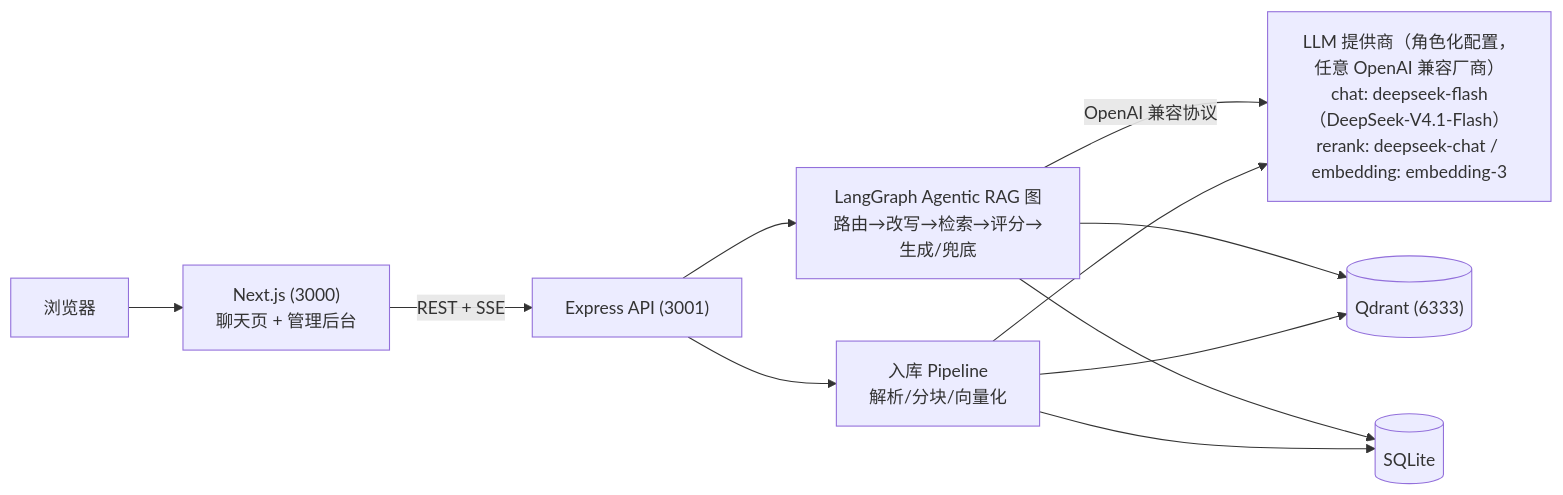
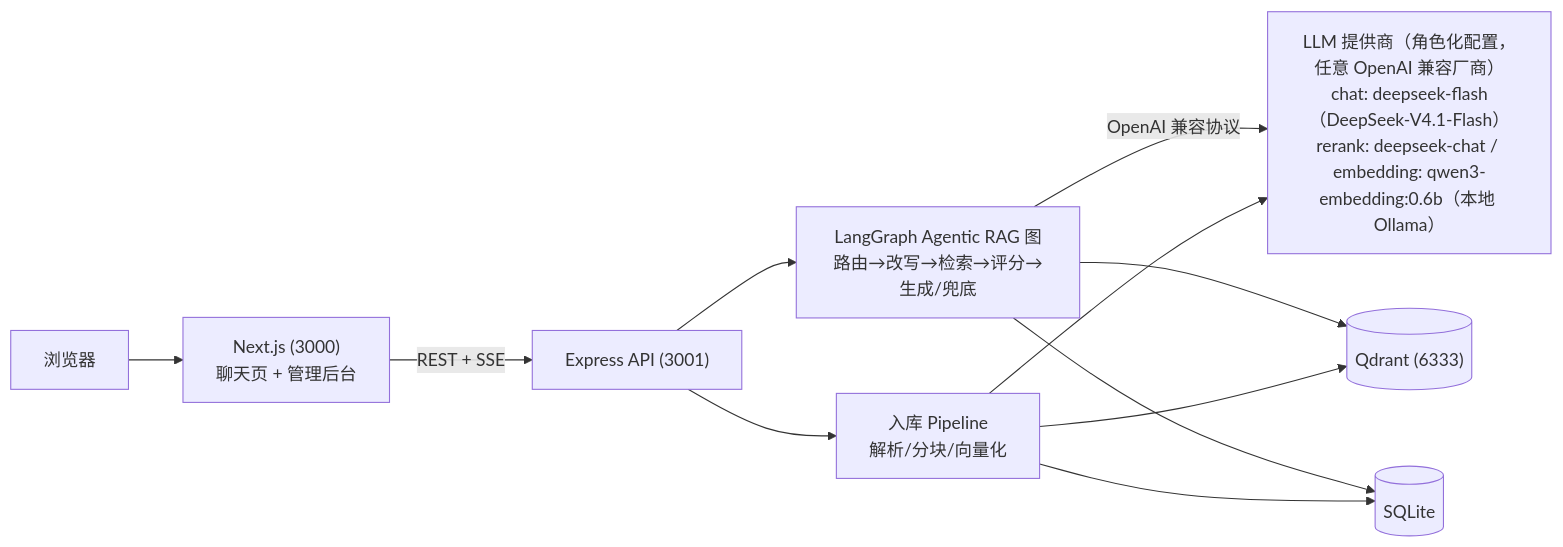
Before and after one commit to liangyue2019/rag-agent: the diagram in docs/modules/README.md, drawn with Mermaid. The commit also changed other lines of this file and 4 other files, not shown here.

First line of the commit message:
feat(embedding): 接入 Ollama qwen3-embedding:0.6b + 修复 rewrite 变体超量解析失败

````diff
--- a/docs/modules/README.md
+++ b/docs/modules/README.md
@@ -7,13 +7,13 @@
 ```mermaid
 flowchart LR
     Browser["浏览器"] --> Web["Next.js (3000)<br/>聊天页 + 管理后台"]
     Web -->|REST + SSE| Server["Express API (3001)"]
     Server --> Graph["LangGraph Agentic RAG 图<br/>路由→改写→检索→评分→生成/兜底"]
     Server --> Ingest["入库 Pipeline<br/>解析/分块/向量化"]
-    Graph -->|OpenAI 兼容协议| LLM["LLM 提供商（角色化配置，任意 OpenAI 兼容厂商）<br/>chat: deepseek-flash（DeepSeek-V4.1-Flash）<br/>rerank: deepseek-chat / embedding: embedding-3"]
+    Graph -->|OpenAI 兼容协议| LLM["LLM 提供商（角色化配置，任意 OpenAI 兼容厂商）<br/>chat: deepseek-flash（DeepSeek-V4.1-Flash）<br/>rerank: deepseek-chat / embedding: qwen3-embedding:0.6b（本地 Ollama）"]
     Graph --> QD[("Qdrant (6333)")]
     Graph --> SQL[("SQLite")]
     Ingest --> QD
     Ingest --> SQL
     Ingest --> LLM
 ```
````
